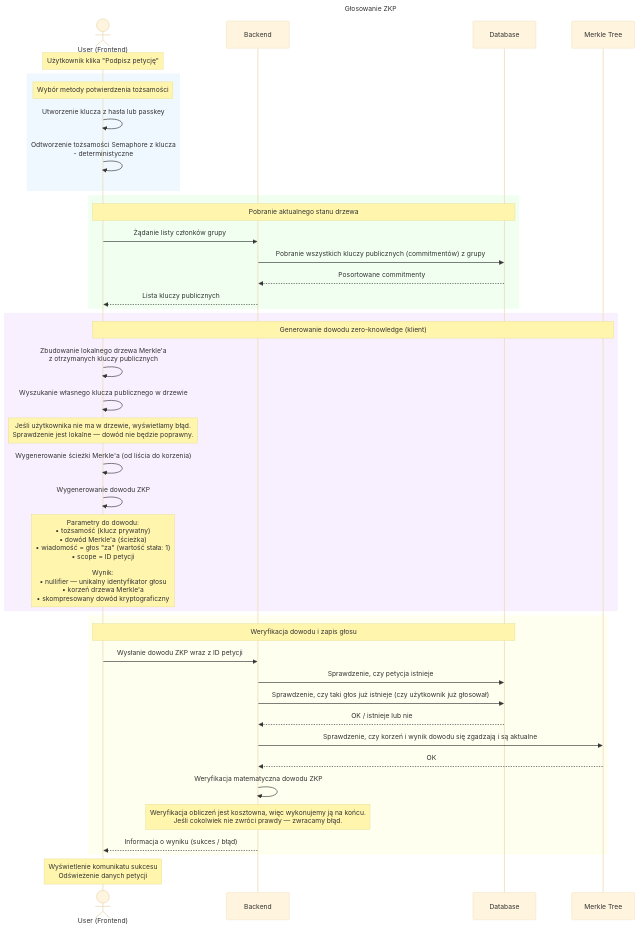
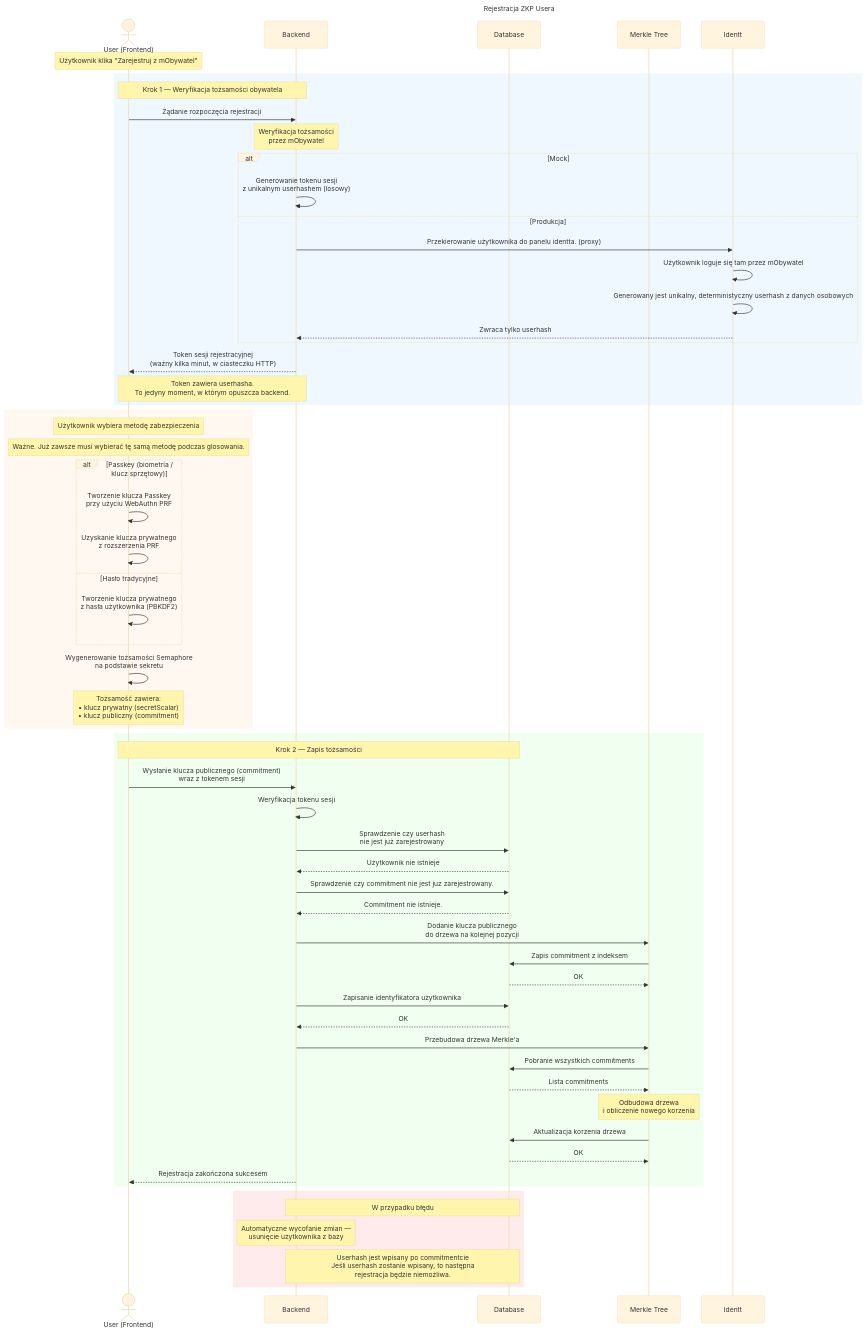
Before and after one commit to Luk1104/mPoparcie-backend: the diagram in docs/registration-flow.mermaid, drawn with Mermaid (base theme).

Commit message:
register

```diff
--- a/docs/registration-flow.mermaid
+++ b/docs/registration-flow.mermaid
@@ -1,67 +1,71 @@
 %% Głosowanie
 sequenceDiagram
-
-    title Głosowanie ZKP
+    title Rejestracja ZKP Usera
 
     actor User as User (Frontend)
     participant Backend
     participant Database
     participant MerkleTree as Merkle Tree
+    participant Identt
 
-    Note over User: Użytkownik klika "Podpisz petycję"
+    Note over User: Użytkownik klika "Zarejestruj z mObywatel"
 
-    %% === KROK: Potwierdzenie tożsamości ===
-
+    %% === KROK 1: Rozpoczęcie sesji rejestracyjnej ===
     rect rgb(240, 248, 255)
-        Note over User: Wybór metody potwierdzenia tożsamości
-        User->>User: Utworzenie klucza z hasła lub passkey
-        User->>User: Odtworzenie tożsamości Semaphore z klucza<br/>- deterministyczne
+        Note over User,Backend: Krok 1 — Weryfikacja tożsamości obywatela
+        User->>Backend: Żądanie rozpoczęcia rejestracji
+        Note over Backend: Weryfikacja tożsamości<br/>przez mObywatel
+        alt Mock
+            Backend->>Backend: Generowanie tokenu sesji<br/>z unikalnym userhashem (losowy)
+        else Produkcja
+            Backend->>Identt: Przekierowanie użytkownika do panelu identta. (proxy)
+            Identt->>Identt: Użytkownik loguje się tam przez mObywatel
+            Identt->>Identt: Generowany jest unikalny, deterministyczny userhash z danych osobowych
+            Identt-->>Backend: Zwraca tylko userhash
+        end
+        Backend-->>User: Token sesji rejestracyjnej<br/>(ważny kilka minut, w ciasteczku HTTP)
+        Note over User,Backend: Token zawiera userhasha. <br>To jedyny moment, w którym opuszcza backend.
     end
 
-    %% === KROK: Pobranie danych grupy ===
-
-    rect rgb(240, 255, 240)
-        Note over User,Database: Pobranie aktualnego stanu drzewa
-        User->>Backend: Żądanie listy członków grupy
-
-        Backend->>Database: Pobranie wszystkich kluczy publicznych (commitmentów) z grupy
-        Database-->>Backend: Posortowane commitmenty
-        Backend-->>User: Lista kluczy publicznych
+    %% === KROK: Tworzenie tożsamości kryptograficznej ===
+    rect rgb(255, 248, 240)
+        Note over User: Użytkownik wybiera metodę zabezpieczenia
+        Note over User: Ważne. Już zawsze musi wybierać tę samą metodę podczas glosowania.
+        alt Passkey (biometria / klucz sprzętowy)
+            User->>User: Tworzenie klucza Passkey<br/>przy użyciu WebAuthn PRF
+            User->>User: Uzyskanie klucza prywatnego<br/>z rozszerzenia PRF
+        else Hasło tradycyjne
+            User->>User: Tworzenie klucza prywatnego<br/>z hasła użytkownika (PBKDF2)
+        end
+        User->>User: Wygenerowanie tożsamości Semaphore<br/>na podstawie sekretu
+        Note over User: Tożsamość zawiera:<br/>• klucz prywatny (secretScalar)<br/>• klucz publiczny (commitment)
     end
 
-    %% === KROK: Budowa dowodu po stronie klienta ===
-
-    rect rgb(248, 240, 255)
-        Note over User,MerkleTree: Generowanie dowodu zero-knowledge (klient)
-
-        User->>User: Zbudowanie lokalnego drzewa Merkle'a<br/>z otrzymanych kluczy publicznych
-
-        User->>User: Wyszukanie własnego klucza publicznego w drzewie
-        Note over User: Jeśli użytkownika nie ma w drzewie, wyświetlamy błąd.<br/>Sprawdzenie jest lokalne — dowód nie będzie poprawny.
-
-        User->>User: Wygenerowanie ścieżki Merkle'a (od liścia do korzenia)
-
-        User->>User: Wygenerowanie dowodu ZKP
-        Note over User: Parametry do dowodu:<br/>• tożsamość (klucz prywatny)<br/>• dowód Merkle'a (ścieżka)<br/>• wiadomość = głos "za" (wartość stała: 1)<br/>• scope = ID petycji<br/><br/>Wynik:<br/>• nullifier — unikalny identyfikator głosu<br/>• korzeń drzewa Merkle'a<br/>• skompresowany dowód kryptograficzny
+    %% === KROK 2: Rejestracja tożsamości w systemie ===
+    rect rgb(240, 255, 240)
+        Note over User,Database: Krok 2 — Zapis tożsamości
+        User->>Backend: Wysłanie klucza publicznego (commitment)<br/>wraz z tokenem sesji
+        Backend->>Backend: Weryfikacja tokenu sesji
+        Backend->>Database: Sprawdzenie czy userhash<br/>nie jest już zarejestrowany
+        Database-->>Backend: Użytkownik nie istnieje
+        Backend->>Database: Sprawdzenie czy commitment nie jest juz zarejestrowany.
+        Database-->>Backend: Commitment nie istnieje.
+        Backend->>MerkleTree: Dodanie klucza publicznego<br/>do drzewa na kolejnej pozycji
+        MerkleTree->>Database: Zapis commitment z indeksem
+        Database-->>MerkleTree: OK
+        Backend->>Database: Zapisanie identyfikatora użytkownika
+        Database-->>Backend: OK
+        Backend->>MerkleTree: Przebudowa drzewa Merkle'a
+        MerkleTree->>Database: Pobranie wszystkich commitments
+        Database-->>MerkleTree: Lista commitments
+        Note over MerkleTree: Odbudowa drzewa<br/>i obliczenie nowego korzenia
+        MerkleTree->>Database: Aktualizacja korzenia drzewa
+        Database-->>MerkleTree: OK
+        Backend-->>User: Rejestracja zakończona sukcesem
     end
 
-    %% === KROK: Weryfikacja i zapis głosu ===
-    rect rgb(255, 255, 240)
-        Note over User,Database: Weryfikacja dowodu i zapis głosu
-
-        User->>Backend: Wysłanie dowodu ZKP wraz z ID petycji
-
-        Backend->>Database: Sprawdzenie, czy petycja istnieje
-        Backend->>Database: Sprawdzenie, czy taki głos już istnieje (czy użytkownik już głosował)
-        Database-->>Backend: OK / istnieje lub nie
-
-        Backend->>MerkleTree: Sprawdzenie, czy korzeń i wynik dowodu się zgadzają i są aktualne
-        MerkleTree-->>Backend: OK
-
-        Backend->>Backend: Weryfikacja matematyczna dowodu ZKP
-        Note over Backend: Weryfikacja obliczeń jest kosztowna, więc wykonujemy ją na końcu.<br/>Jeśli cokolwiek nie zwróci prawdy — zwracamy błąd.
-
-        Backend-->>User: Informacja o wyniku (sukces / błąd)
+    rect rgb(255, 235, 235)
+        Note over Backend,Database: W przypadku błędu
+        Note over Backend: Automatyczne wycofanie zmian —<br/>usunięcie użytkownika z bazy
+        Note over Backend,Database: Userhash jest wpisany po commitmentcie<br>Jeśli userhash zostanie wpisany, to następna<br>rejestracja będzie niemożliwa.
     end
-
-    Note over User: Wyświetlenie komunikatu sukcesu<br/>Odświeżenie danych petycji
```
